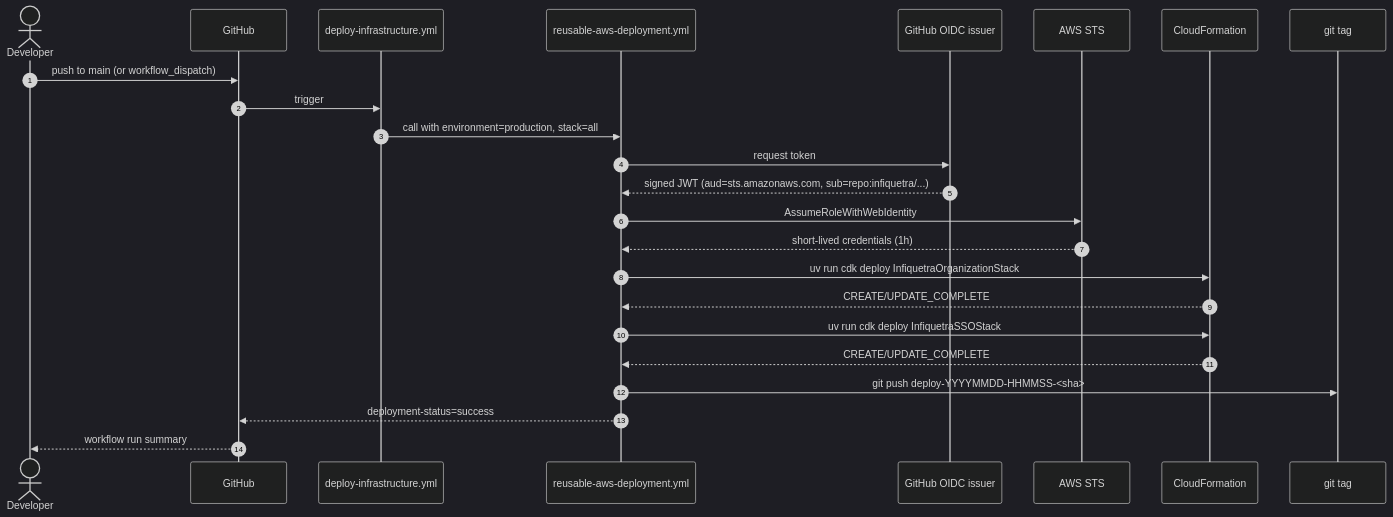
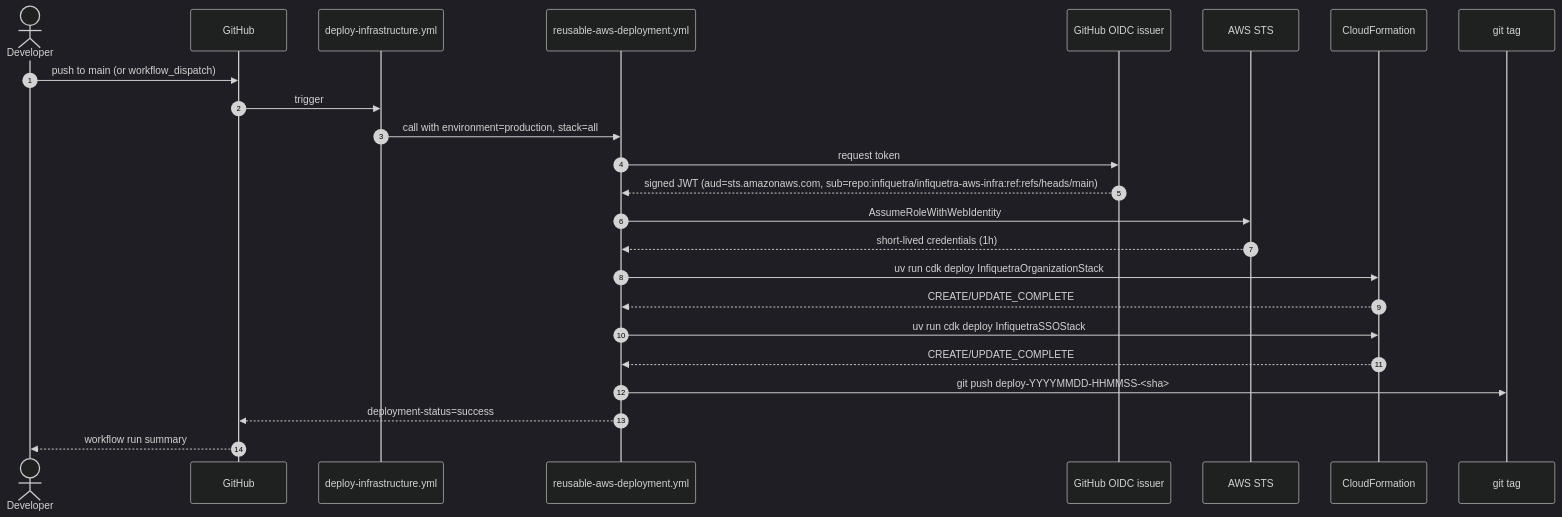
One commit to infiquetra/infiquetra-aws-infra changed the second of 2 diagrams in docs/ops/04-ci-cd-pipeline.md. Above: the diagram before and after it, drawn with Mermaid (dark theme). The commit also changed other lines of this file and 23 other files, not shown here.

````diff
--- a/docs/ops/04-ci-cd-pipeline.md
+++ b/docs/ops/04-ci-cd-pipeline.md
@@ -68,27 +68,27 @@
 ```mermaid
 sequenceDiagram
     autonumber
     actor Dev as Developer
     participant GH as GitHub
     participant Wf as deploy-infrastructure.yml
     participant Reuse as reusable-aws-deployment.yml
     participant OIDC as GitHub OIDC issuer
     participant STS as AWS STS
     participant CFN as CloudFormation
     participant Tag as git tag
 
     Dev->>GH: push to main (or workflow_dispatch)
     GH->>Wf: trigger
     Wf->>Reuse: call with environment=production, stack=all
     Reuse->>OIDC: request token
-    OIDC-->>Reuse: signed JWT (aud=sts.amazonaws.com, sub=repo:infiquetra/...)
+    OIDC-->>Reuse: signed JWT (aud=sts.amazonaws.com, sub=repo:infiquetra/infiquetra-aws-infra:ref:refs/heads/main)
     Reuse->>STS: AssumeRoleWithWebIdentity
     STS-->>Reuse: short-lived credentials (1h)
     Reuse->>CFN: uv run cdk deploy InfiquetraOrganizationStack
     CFN-->>Reuse: CREATE/UPDATE_COMPLETE
     Reuse->>CFN: uv run cdk deploy InfiquetraSSOStack
     CFN-->>Reuse: CREATE/UPDATE_COMPLETE
     Reuse->>Tag: git push deploy-YYYYMMDD-HHMMSS-<sha>
     Reuse-->>GH: deployment-status=success
     GH-->>Dev: workflow run summary
 ```
````
